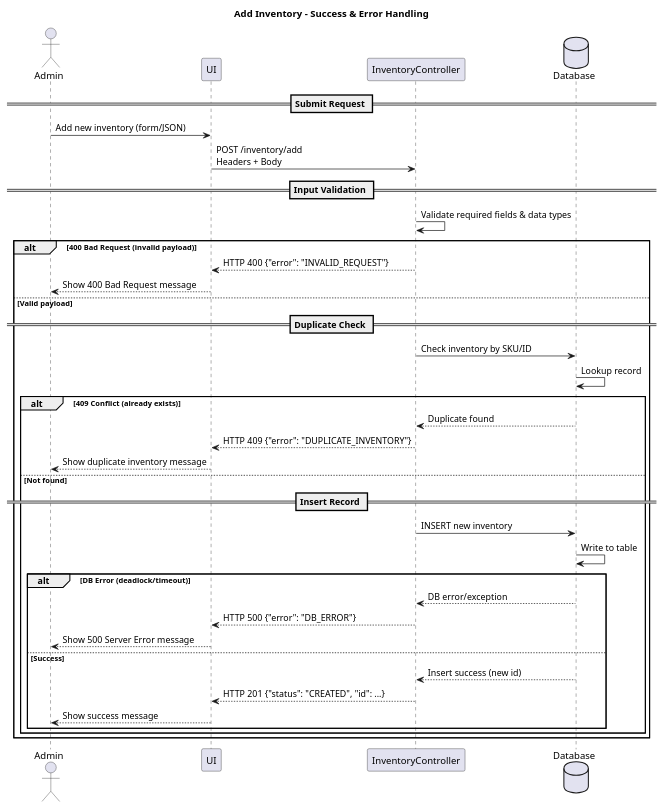
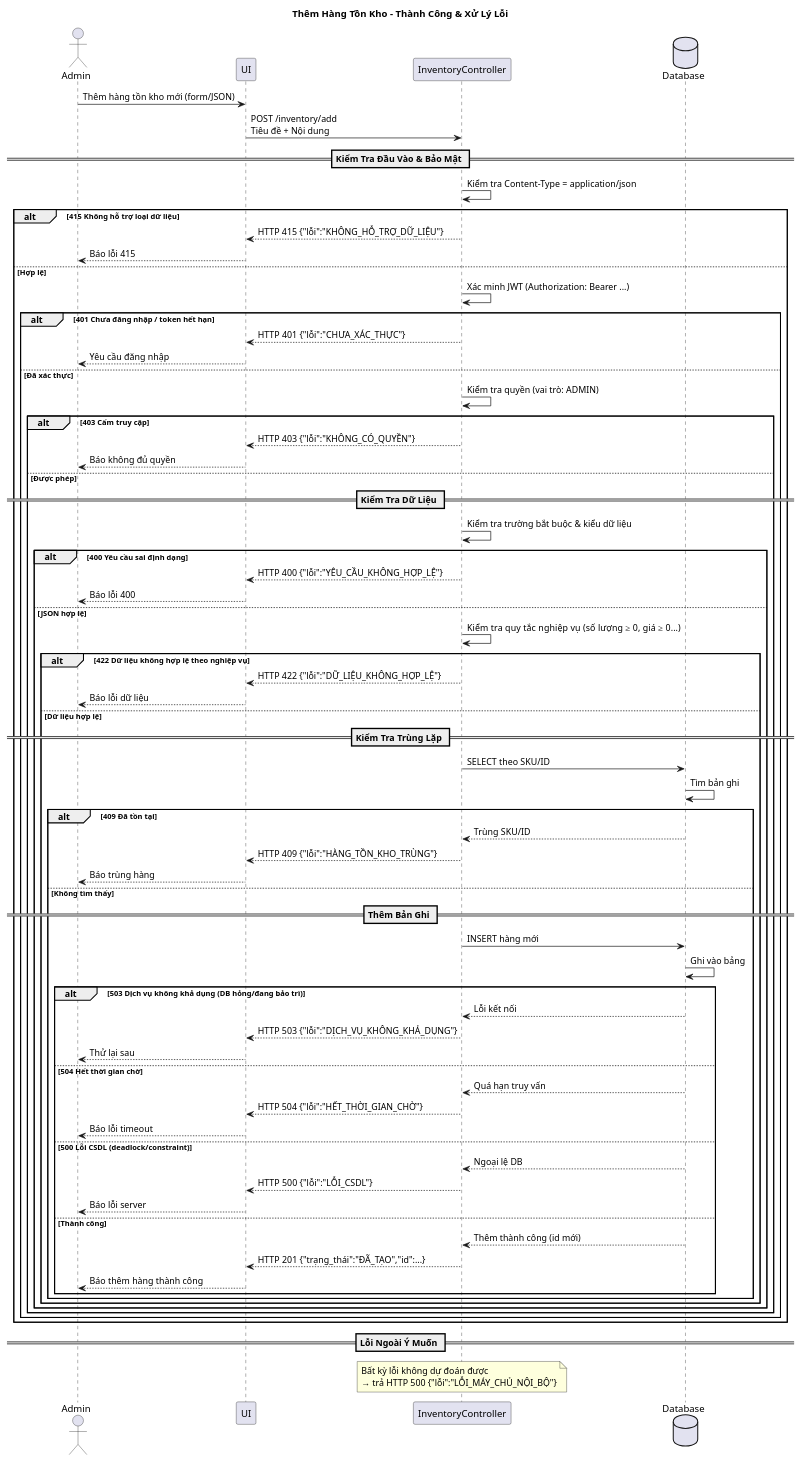
The diagram in UML/Sequence + Code/CodeAddInventory.puml (Sagitoaz/BTL_OOP), drawn with PlantUML before and after one commit. The commit also changed 3 other files, not shown here.

Commit message:
Fix : Sequence Diagram of Inventory

```diff
--- a/UML/Sequence + Code/CodeAddInventory.puml
+++ b/UML/Sequence + Code/CodeAddInventory.puml
@@ -1,41 +1,79 @@
 @startuml
-title Add Inventory - Success & Error Handling
+title Thêm Hàng Tồn Kho - Thành Công & Xử Lý Lỗi
 
 actor Admin
 participant UI
-participant InventoryController
+participant InventoryController as IC
 database Database
 
-== Submit Request ==
-Admin -> UI: Add new inventory (form/JSON)
-UI -> InventoryController: POST /inventory/add\nHeaders + Body
+Admin -> UI: Thêm hàng tồn kho mới (form/JSON)
+UI -> IC: POST /inventory/add\nTiêu đề + Nội dung
 
-== Input Validation ==
-InventoryController -> InventoryController: Validate required fields & data types
-alt 400 Bad Request (invalid payload)
-    InventoryController --> UI: HTTP 400 {"error": "INVALID_REQUEST"}
-    UI --> Admin: Show 400 Bad Request message
-else Valid payload
-    == Duplicate Check ==
-    InventoryController -> Database: Check inventory by SKU/ID
-    Database -> Database: Lookup record
-    alt 409 Conflict (already exists)
-        Database --> InventoryController: Duplicate found
-        InventoryController --> UI: HTTP 409 {"error": "DUPLICATE_INVENTORY"}
-        UI --> Admin: Show duplicate inventory message
-    else Not found
-        == Insert Record ==
-        InventoryController -> Database: INSERT new inventory
-        Database -> Database: Write to table
-        alt DB Error (deadlock/timeout)
-            Database --> InventoryController: DB error/exception
-            InventoryController --> UI: HTTP 500 {"error": "DB_ERROR"}
-            UI --> Admin: Show 500 Server Error message
-        else Success
-            Database --> InventoryController: Insert success (new id)
-            InventoryController --> UI: HTTP 201 {"status": "CREATED", "id": ...}
-            UI --> Admin: Show success message
+== Kiểm Tra Đầu Vào & Bảo Mật ==
+IC -> IC: Kiểm tra Content-Type = application/json
+alt 415 Không hỗ trợ loại dữ liệu
+  IC --> UI: HTTP 415 {"lỗi":"KHÔNG_HỖ_TRỢ_DỮ_LIỆU"}
+  UI --> Admin: Báo lỗi 415
+else Hợp lệ
+  IC -> IC: Xác minh JWT (Authorization: Bearer ...)
+  alt 401 Chưa đăng nhập / token hết hạn
+    IC --> UI: HTTP 401 {"lỗi":"CHƯA_XÁC_THỰC"}
+    UI --> Admin: Yêu cầu đăng nhập
+  else Đã xác thực
+    IC -> IC: Kiểm tra quyền (vai trò: ADMIN)
+    alt 403 Cấm truy cập
+      IC --> UI: HTTP 403 {"lỗi":"KHÔNG_CÓ_QUYỀN"}
+      UI --> Admin: Báo không đủ quyền
+    else Được phép
+      == Kiểm Tra Dữ Liệu ==
+      IC -> IC: Kiểm tra trường bắt buộc & kiểu dữ liệu
+      alt 400 Yêu cầu sai định dạng
+        IC --> UI: HTTP 400 {"lỗi":"YÊU_CẦU_KHÔNG_HỢP_LỆ"}
+        UI --> Admin: Báo lỗi 400
+      else JSON hợp lệ
+        IC -> IC: Kiểm tra quy tắc nghiệp vụ (số lượng ≥ 0, giá ≥ 0...)
+        alt 422 Dữ liệu không hợp lệ theo nghiệp vụ
+          IC --> UI: HTTP 422 {"lỗi":"DỮ_LIỆU_KHÔNG_HỢP_LỆ"}
+          UI --> Admin: Báo lỗi dữ liệu
+        else Dữ liệu hợp lệ
+          == Kiểm Tra Trùng Lặp ==
+          IC -> Database: SELECT theo SKU/ID
+          Database -> Database: Tìm bản ghi
+          alt 409 Đã tồn tại
+            Database --> IC: Trùng SKU/ID
+            IC --> UI: HTTP 409 {"lỗi":"HÀNG_TỒN_KHO_TRÙNG"}
+            UI --> Admin: Báo trùng hàng
+          else Không tìm thấy
+            == Thêm Bản Ghi ==
+            IC -> Database: INSERT hàng mới
+            Database -> Database: Ghi vào bảng
+            alt 503 Dịch vụ không khả dụng (DB hỏng/đang bảo trì)
+              Database --> IC: Lỗi kết nối
+              IC --> UI: HTTP 503 {"lỗi":"DỊCH_VỤ_KHÔNG_KHẢ_DỤNG"}
+              UI --> Admin: Thử lại sau
+            else 504 Hết thời gian chờ
+              Database --> IC: Quá hạn truy vấn
+              IC --> UI: HTTP 504 {"lỗi":"HẾT_THỜI_GIAN_CHỜ"}
+              UI --> Admin: Báo lỗi timeout
+            else 500 Lỗi CSDL (deadlock/constraint)
+              Database --> IC: Ngoại lệ DB
+              IC --> UI: HTTP 500 {"lỗi":"LỖI_CSDL"}
+              UI --> Admin: Báo lỗi server
+            else Thành công
+              Database --> IC: Thêm thành công (id mới)
+              IC --> UI: HTTP 201 {"trạng_thái":"ĐÃ_TẠO","id":...}
+              UI --> Admin: Báo thêm hàng thành công
+            end
+          end
         end
+      end
     end
+  end
 end
+
+== Lỗi Ngoài Ý Muốn ==
+note over IC
+Bất kỳ lỗi không dự đoán được
+→ trả HTTP 500 {"lỗi":"LỖI_MÁY_CHỦ_NỘI_BỘ"}
+end note
 @enduml
```
